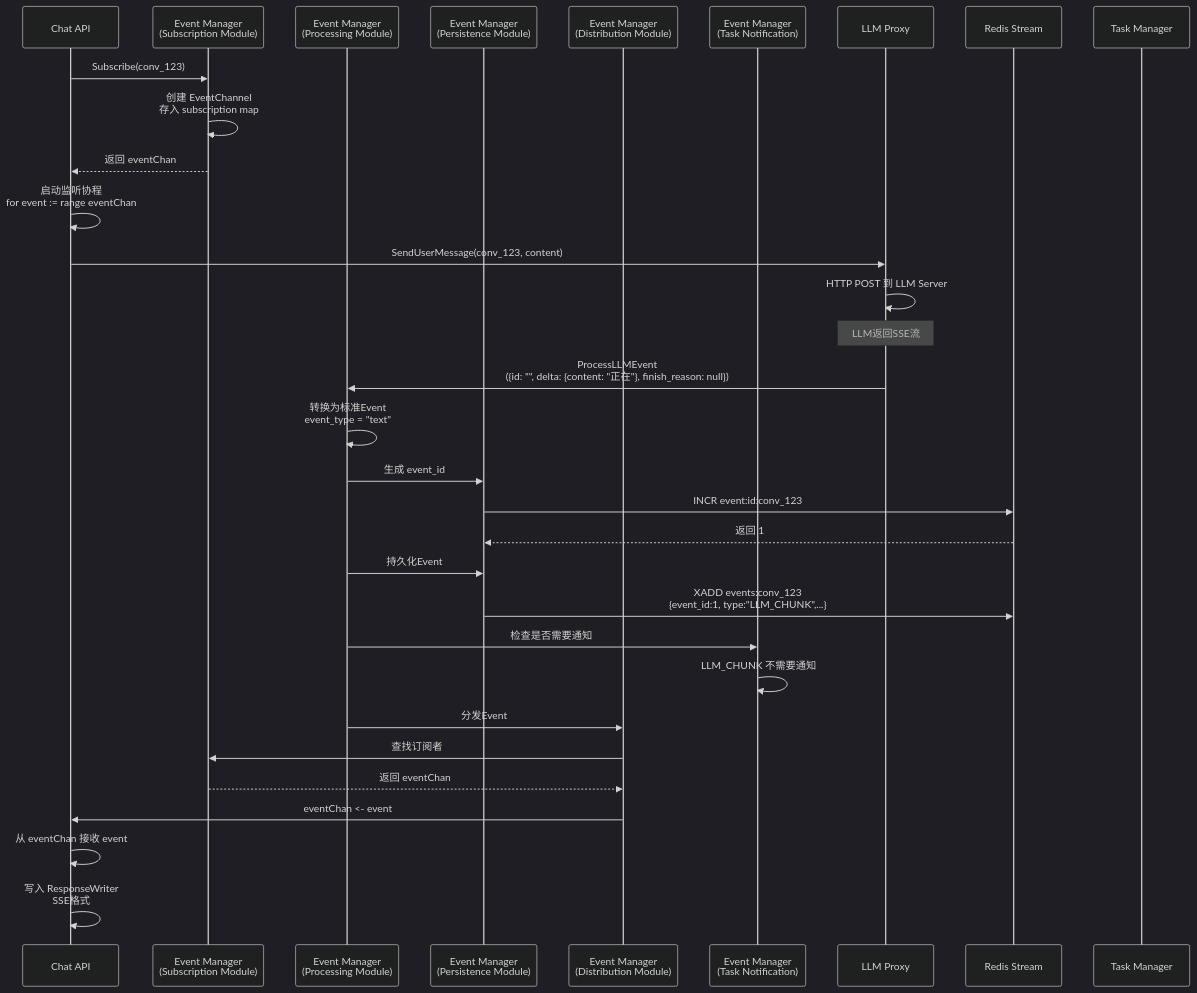
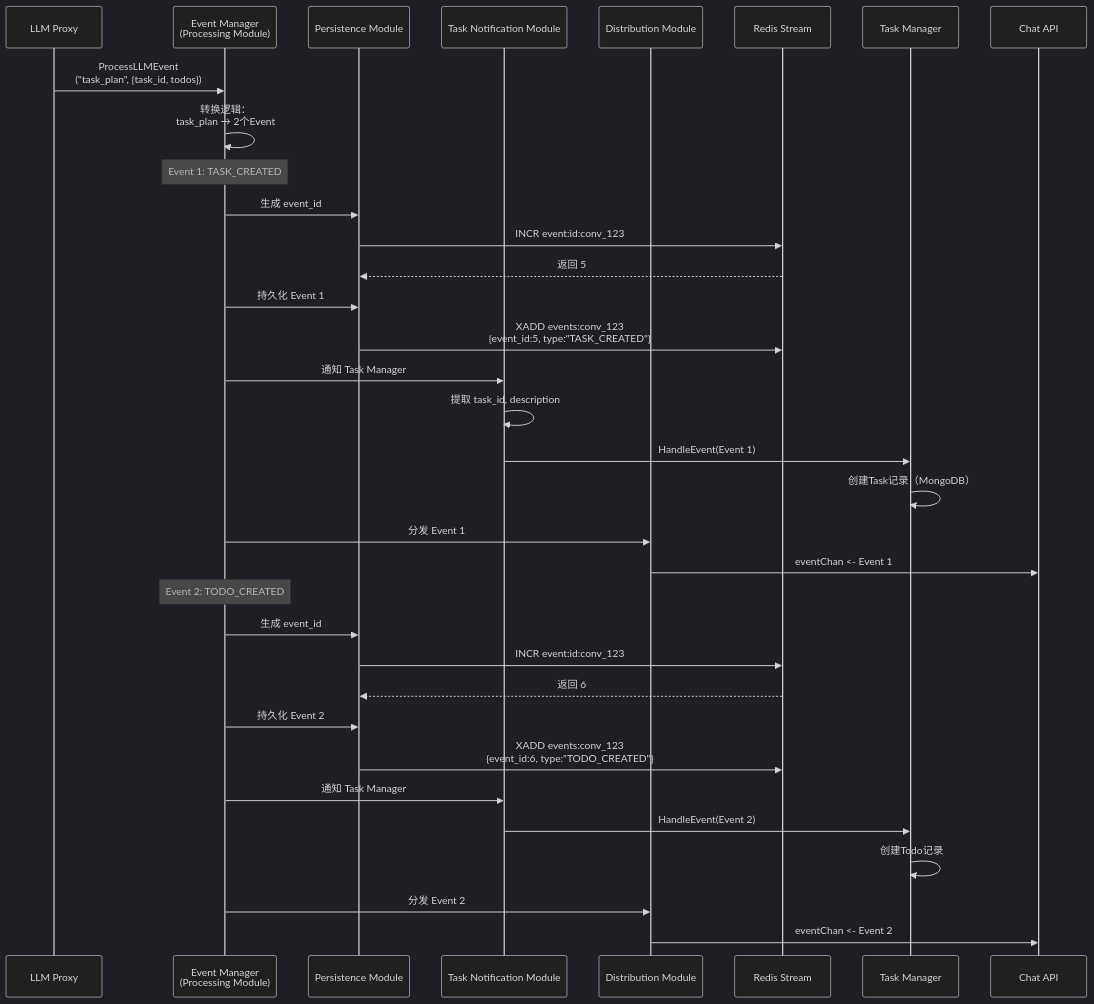
The diagram in all/未命名-10.md (yingjianzh/iodraw-files), drawn with Mermaid (dark theme) before and after one commit.

Commit message:
2025-12-22 17:34:14 update

````diff
--- a/all/未命名-10.md
+++ b/all/未命名-10.md
@@ -1,44 +1,46 @@
 ```mermaid
 sequenceDiagram
-    participant ChatAPI as Chat API
-    participant EventMgr as Event Manager<br/>(Subscription Module)
+    participant LLMProxy as LLM Proxy
     participant EventProc as Event Manager<br/>(Processing Module)
-    participant Persist as Event Manager<br/>(Persistence Module)
-    participant Distrib as Event Manager<br/>(Distribution Module)
-    participant TaskNotif as Event Manager<br/>(Task Notification)
-    participant LLMProxy as LLM Proxy
+    participant Persist as Persistence Module
+    participant TaskNotif as Task Notification Module
+    participant Distrib as Distribution Module
     participant Redis as Redis Stream
     participant TaskMgr as Task Manager
+    participant ChatAPI as Chat API
 
-    ChatAPI->>EventMgr: Subscribe(conv_123)
-    EventMgr->>EventMgr: 创建 EventChannel<br/>存入 subscription map
-    EventMgr-->>ChatAPI: 返回 eventChan
+    LLMProxy->>EventProc: ProcessLLMEvent<br/>("task_plan", {task_id, todos})
 
-    ChatAPI->>ChatAPI: 启动监听协程<br/>for event := range eventChan
+    EventProc->>EventProc: 转换逻辑：<br/>task_plan → 2个Event
     
-    ChatAPI->>LLMProxy: SendUserMessage(conv_123, content)
-    LLMProxy->>LLMProxy: HTTP POST 到 LLM Server
-
-    Note over LLMProxy: LLM返回SSE流
-
-    LLMProxy->>EventProc: ProcessLLMEvent<br/>({id: "", delta: {content: "正在"}, finish_reason: null})
-    
-    EventProc->>EventProc: 转换为标准Event<br/>event_type = "text"
+    Note over EventProc: Event 1: TASK_CREATED
     EventProc->>Persist: 生成 event_id
     Persist->>Redis: INCR event:id:conv_123
-    Redis-->>Persist: 返回 1
+    Redis-->>Persist: 返回 5
     
-    EventProc->>Persist: 持久化Event
-    Persist->>Redis: XADD events:conv_123<br/>{event_id:1, type:"LLM_CHUNK",...}
+    EventProc->>Persist: 持久化 Event 1
+    Persist->>Redis: XADD events:conv_123<br/>{event_id:5, type:"TASK_CREATED"}
     
-    EventProc->>TaskNotif: 检查是否需要通知
-    TaskNotif->>TaskNotif: LLM_CHUNK 不需要通知
+    EventProc->>TaskNotif: 通知 Task Manager
+    TaskNotif->>TaskNotif: 提取 task_id, description
+    TaskNotif->>TaskMgr: HandleEvent(Event 1)
+    TaskMgr->>TaskMgr: 创建Task记录（MongoDB）
     
-    EventProc->>Distrib: 分发Event
-    Distrib->>EventMgr: 查找订阅者
-    EventMgr-->>Distrib: 返回 eventChan
-    Distrib->>ChatAPI: eventChan <- event
+    EventProc->>Distrib: 分发 Event 1
+    Distrib->>ChatAPI: eventChan <- Event 1
     
-    ChatAPI->>ChatAPI: 从 eventChan 接收 event
-    ChatAPI->>ChatAPI: 写入 ResponseWriter<br/>SSE格式
+    Note over EventProc: Event 2: TODO_CREATED
+    EventProc->>Persist: 生成 event_id
+    Persist->>Redis: INCR event:id:conv_123
+    Redis-->>Persist: 返回 6
+    
+    EventProc->>Persist: 持久化 Event 2
+    Persist->>Redis: XADD events:conv_123<br/>{event_id:6, type:"TODO_CREATED"}
+    
+    EventProc->>TaskNotif: 通知 Task Manager
+    TaskNotif->>TaskMgr: HandleEvent(Event 2)
+    TaskMgr->>TaskMgr: 创建Todo记录
+    
+    EventProc->>Distrib: 分发 Event 2
+    Distrib->>ChatAPI: eventChan <- Event 2
 ```
````
